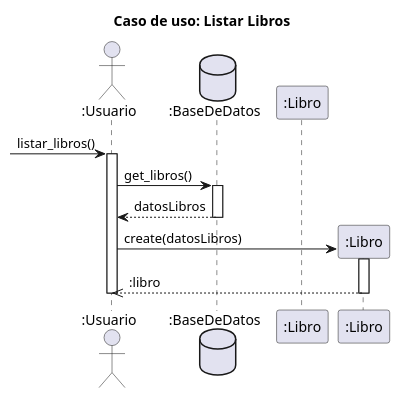
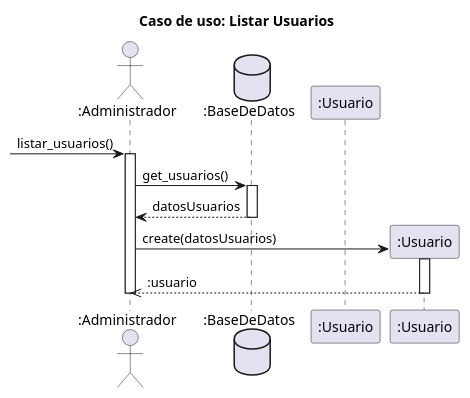
Before and after one commit to RubenE107/diagramas-de-dise-o-uml: the diagram in interacion 2/listarlibro.puml, drawn with PlantUML. The commit also changed 1 other file, not shown here.

Commit message:
listar libro

```diff
--- a/interacion 2/listarlibro.puml
+++ b/interacion 2/listarlibro.puml
@@ -1,51 +1,51 @@
 @startuml
 title caso de uso: listar libros
 
 ' actor "usuario" as u
 ' participant "sistema" as s
 ' database "base de datos" as db
 
 ' u -->> s: sesionIniciada()
 ' activate s
 ' u -> s: presiona el boton de listar todos los libros
 '  ->s: listarLibros()
 '  activate s
 ' s -> db: select * from libros
 ' activate db
 ' db -->> s: lista de libros
 ' deactivate db
 ' s -> s: abre la ventana y muestra los libros
 ' deactivate s
 ' note right of s
 ' El usuario puede ver los libros y navegar
 ' con el scroll del mouse
 ' end note
 ' s -->> u: muestra todos los libros
 
 
 
-title Caso de uso: Listar Libros
+title Caso de uso: Listar Usuarios
 
-actor ":Usuario" as u
+actor ":Administrador" as a
 database ":BaseDeDatos" as bd
-participant ":Libro" as l
+participant ":Usuario" as u
 
--> u:listar_libros()
-activate u
+-> a:listar_usuarios()
+activate a
 
-u -> bd:get_libros()
+a -> bd:get_usuarios()
 activate bd
 
-bd --> u:datosLibros
+bd --> a:datosUsuarios
 deactivate bd
 
-create ":Libro" as libro
-u -> libro:create(datosLibros)
-activate libro
+create ":Usuario" as usuario
+a -> usuario:create(datosUsuarios)
+activate usuario
 
-libro-->>u::libro
-deactivate libro
+usuario-->>a::usuario
+deactivate usuario
 
-deactivate u
+deactivate a
 
 @enduml
```
